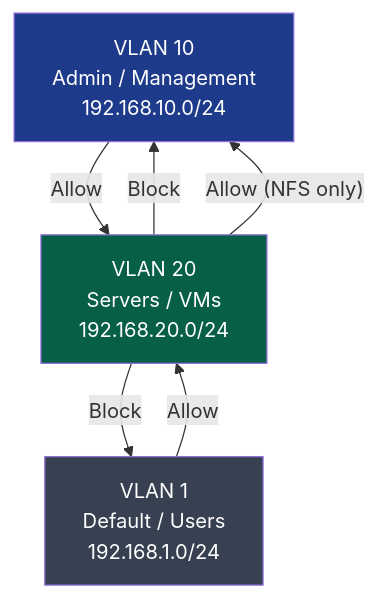
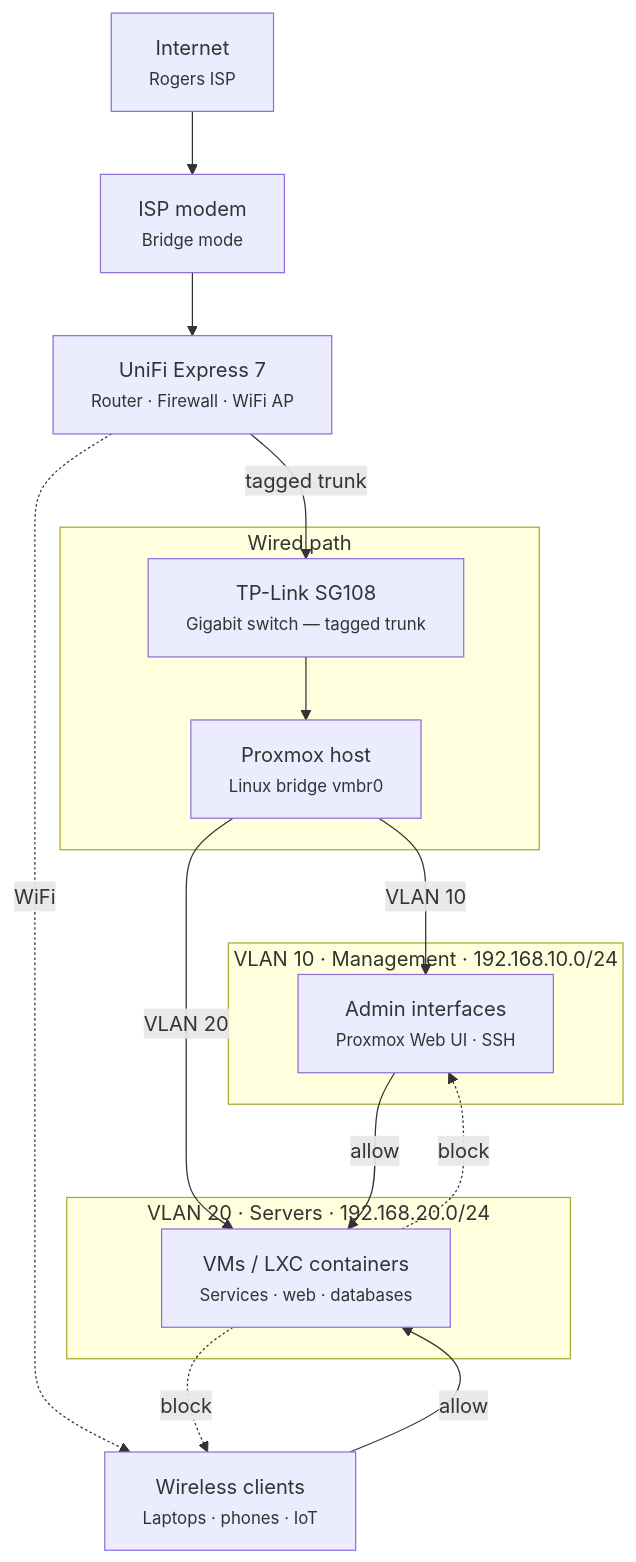
Before and after one commit to Focusucof/boodoo.dev: the diagram in src/content/blog/homelab/0.mdx, drawn with Mermaid. The commit also changed other lines of this file and 9 other files, not shown here.

````diff
--- a/src/content/blog/homelab/0.mdx
+++ b/src/content/blog/homelab/0.mdx
@@ -134,19 +133,34 @@
 ```mermaid
-flowchart TD
+flowchart TB
+  INTERNET["Internet<br/><small>Rogers ISP</small>"]
+  MODEM["ISP modem<br/><small>Bridge mode</small>"]
+  ROUTER["UniFi Express 7<br/><small>Router · Firewall · WiFi AP</small>"]
 
-A["VLAN 10<br>Admin / Management<br>192.168.10.0/24"]
-B["VLAN 20<br>Servers / VMs<br>192.168.20.0/24"]
-C["VLAN 1<br>Default / Users<br>192.168.1.0/24"]
+  subgraph WIRED["Wired path"]
+    SWITCH["TP-Link SG108<br/><small>Gigabit switch — tagged trunk</small>"]
+    PROXMOX["Proxmox host<br/><small>Linux bridge vmbr0</small>"]
+  end
 
-A -- "Allow" --> B
-C -- "Allow" --> B
+  WIFI["Wireless clients<br/><small>Laptops · phones · IoT</small>"]
 
-B -- "Block" --> A
-B -- "Block" --> C
+  subgraph VLAN10["VLAN 10 · Management · 192.168.10.0/24"]
+    MGMT["Admin interfaces<br/><small>Proxmox Web UI · SSH</small>"]
+  end
 
-B -- "Allow (NFS only)" --> A
+  subgraph VLAN20["VLAN 20 · Servers · 192.168.20.0/24"]
+    SRV["VMs / LXC containers<br/><small>Services · web · databases</small>"]
+  end
 
-style A fill:#1e3a8a,color:#fff
-style B fill:#065f46,color:#fff
-style C fill:#374151,color:#fff
+  INTERNET --> MODEM
+  MODEM --> ROUTER
+  ROUTER -- "tagged trunk" --> SWITCH
+  ROUTER -. "WiFi" .-> WIFI
+  SWITCH --> PROXMOX
+  PROXMOX -- "VLAN 10" --> MGMT
+  PROXMOX -- "VLAN 20" --> SRV
+
+  WIFI -- "allow" --> SRV
+  MGMT -- "allow" --> SRV
+  SRV -. "block" .-> MGMT
+  SRV -. "block" .-> WIFI
 ```
````
